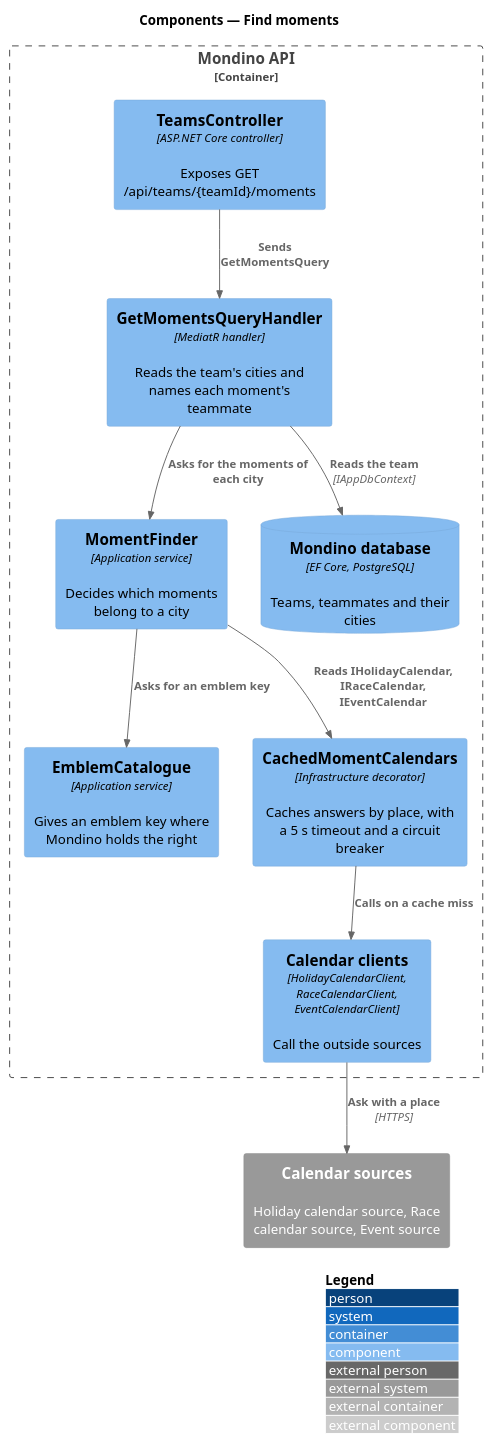
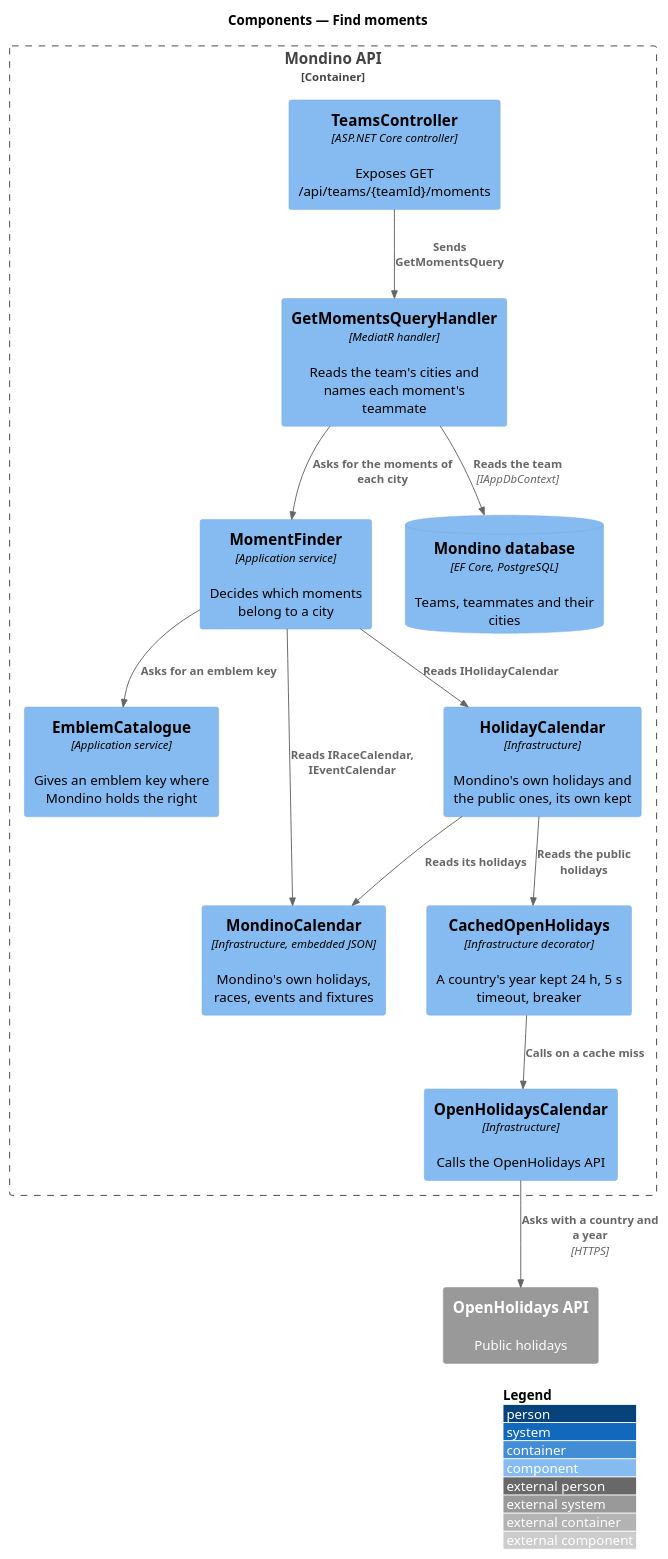
One commit to QuinntyneBrown/Mondino changed the diagram in docs/detailed-designs/moments/find-moments/diagrams/c4-component.puml. Above: the diagram before and after it, drawn with PlantUML. The commit also changed 18 other files, not shown here.

First line of the commit message:
Choose the moment calendars and bring the find-moments design in line

```diff
--- a/docs/detailed-designs/moments/find-moments/diagrams/c4-component.puml
+++ b/docs/detailed-designs/moments/find-moments/diagrams/c4-component.puml
@@ -1,24 +1,29 @@
 @startuml
 !include <C4/C4_Component>
 LAYOUT_WITH_LEGEND()
 title Components — Find moments
 
 Container_Boundary(api, "Mondino API") {
   Component(ctrl, "TeamsController", "ASP.NET Core controller", "Exposes GET /api/teams/{teamId}/moments")
   Component(handler, "GetMomentsQueryHandler", "MediatR handler", "Reads the team's cities and names each moment's teammate")
   Component(finder, "MomentFinder", "Application service", "Decides which moments belong to a city")
   Component(emblems, "EmblemCatalogue", "Application service", "Gives an emblem key where Mondino holds the right")
-  Component(cache, "CachedMomentCalendars", "Infrastructure decorator", "Caches answers by place, with a 5 s timeout and a circuit breaker")
-  Component(clients, "Calendar clients", "HolidayCalendarClient, RaceCalendarClient, EventCalendarClient", "Call the outside sources")
+  Component(own, "MondinoCalendar", "Infrastructure, embedded JSON", "Mondino's own holidays, races, events and fixtures")
+  Component(holidays, "HolidayCalendar", "Infrastructure", "Mondino's own holidays and the public ones, its own kept")
+  Component(cache, "CachedOpenHolidays", "Infrastructure decorator", "A country's year kept 24 h, 5 s timeout, breaker")
+  Component(client, "OpenHolidaysCalendar", "Infrastructure", "Calls the OpenHolidays API")
   ComponentDb(db, "Mondino database", "EF Core, PostgreSQL", "Teams, teammates and their cities")
 }
-System_Ext(sources, "Calendar sources", "Holiday calendar source, Race calendar source, Event source")
+System_Ext(source, "OpenHolidays API", "Public holidays")
 
 Rel(ctrl, handler, "Sends GetMomentsQuery")
 Rel(handler, db, "Reads the team", "IAppDbContext")
 Rel(handler, finder, "Asks for the moments of each city")
-Rel(finder, cache, "Reads IHolidayCalendar, IRaceCalendar, IEventCalendar")
+Rel(finder, holidays, "Reads IHolidayCalendar")
+Rel(finder, own, "Reads IRaceCalendar, IEventCalendar")
+Rel(holidays, own, "Reads its holidays")
+Rel(holidays, cache, "Reads the public holidays")
 Rel(finder, emblems, "Asks for an emblem key")
-Rel(cache, clients, "Calls on a cache miss")
-Rel(clients, sources, "Ask with a place", "HTTPS")
+Rel(cache, client, "Calls on a cache miss")
+Rel(client, source, "Asks with a country and a year", "HTTPS")
 @enduml
```
